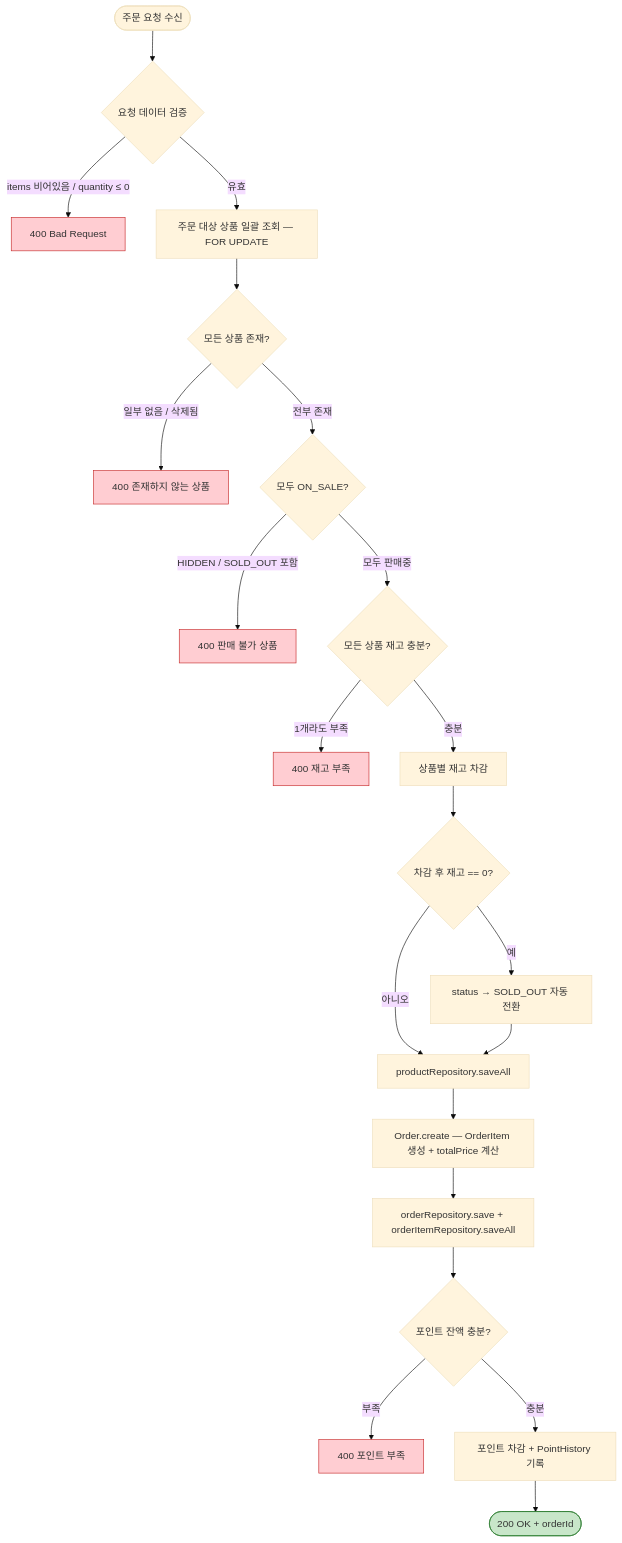
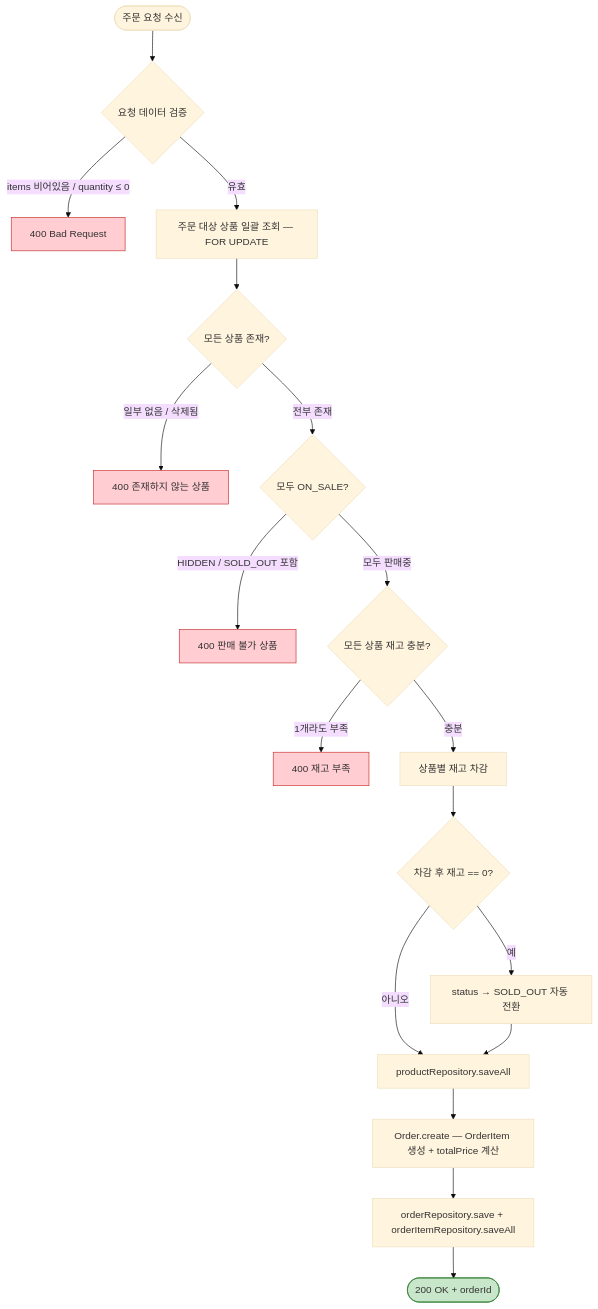
Before and after one commit to Loopers-dev-lab/loop-pack-be-l2-vol3-kotlin: the second of 5 diagrams in docs/design/05-flowcharts.md, drawn with Mermaid (base theme). The commit also changed other lines of this file and 9 other files, not shown here.

````diff
--- a/docs/design/05-flowcharts.md
+++ b/docs/design/05-flowcharts.md
@@ -62,30 +55,27 @@
 ```mermaid
 flowchart TB
     Start([주문 요청 수신]) --> Validate{요청 데이터 검증}
     Validate -->|items 비어있음 / quantity ≤ 0| Err400[400 Bad Request]:::error
 
     Validate -->|유효| FetchProducts[주문 대상 상품 일괄 조회 — FOR UPDATE]
     FetchProducts --> CheckExist{모든 상품 존재?}
     CheckExist -->|일부 없음 / 삭제됨| Err400_2[400 존재하지 않는 상품]:::error
 
     CheckExist -->|전부 존재| CheckStatus{모두 ON_SALE?}
     CheckStatus -->|HIDDEN / SOLD_OUT 포함| Err400_3[400 판매 불가 상품]:::error
 
     CheckStatus -->|모두 판매중| CheckStock{모든 상품 재고 충분?}
     CheckStock -->|1개라도 부족| Err400_4[400 재고 부족]:::error
 
     CheckStock -->|충분| Deduct[상품별 재고 차감]
     Deduct --> AutoStatus{차감 후 재고 == 0?}
     AutoStatus -->|예| StatusChange[status → SOLD_OUT 자동 전환]
     AutoStatus -->|아니오| SaveProducts
     StatusChange --> SaveProducts[productRepository.saveAll]
     SaveProducts --> CreateOrder[Order.create — OrderItem 생성 + totalPrice 계산]
     CreateOrder --> SaveOrder[orderRepository.save + orderItemRepository.saveAll]
-    SaveOrder --> CheckPoint{포인트 잔액 충분?}
-    CheckPoint -->|부족| Err400_5[400 포인트 부족]:::error
-    CheckPoint -->|충분| DeductPoint[포인트 차감 + PointHistory 기록]
-    DeductPoint --> Response([200 OK + orderId]):::success
+    SaveOrder --> Response([200 OK + orderId]):::success
 
     classDef error fill:#ffcdd2,stroke:#c62828
     classDef success fill:#c8e6c9,stroke:#2e7d32
 ```
````
